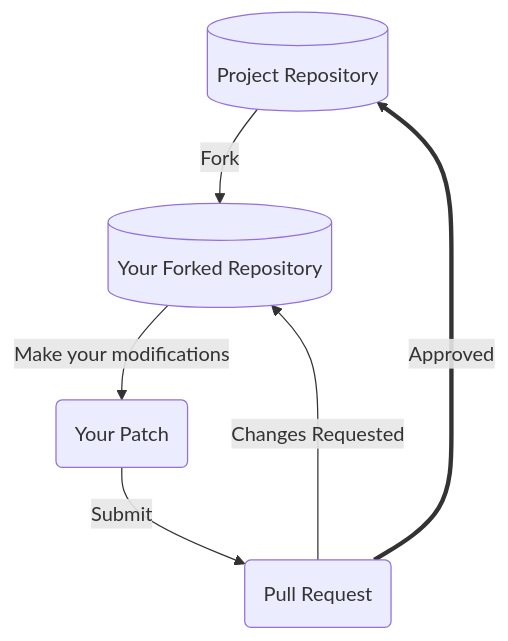
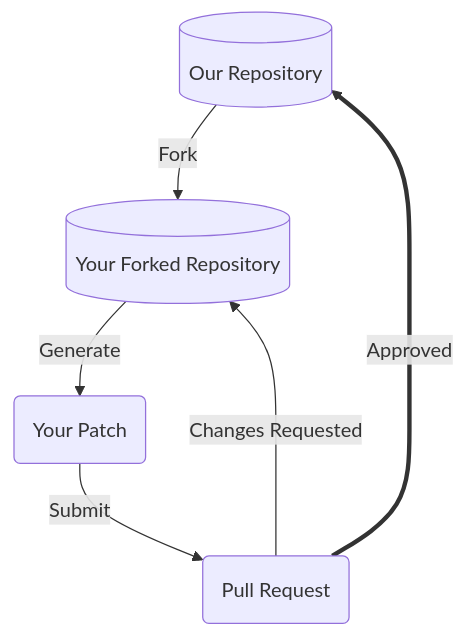
The diagram in CONTRIBUTING.md (riverma/terraformly), drawn with Mermaid before and after one commit.

````diff
--- a/CONTRIBUTING.md
+++ b/CONTRIBUTING.md
@@ -44,8 +44,8 @@
 ```mermaid
 flowchart TD
-    repo_proj[(Project Repository)]-->|Fork|repo_fork[(Your Forked Repository)]
-    repo_fork-->|Make your modifications|patch(Your Patch)
+    repo_proj[(Our Repository)]-->|Fork|repo_fork[(Your Forked Repository)]
+    repo_fork-->|Generate|patch(Your Patch)
     patch-->|Submit|pr(Pull Request)
     pr==>|Approved|repo_proj
     pr-->|Changes Requested|repo_fork
 ```
````
